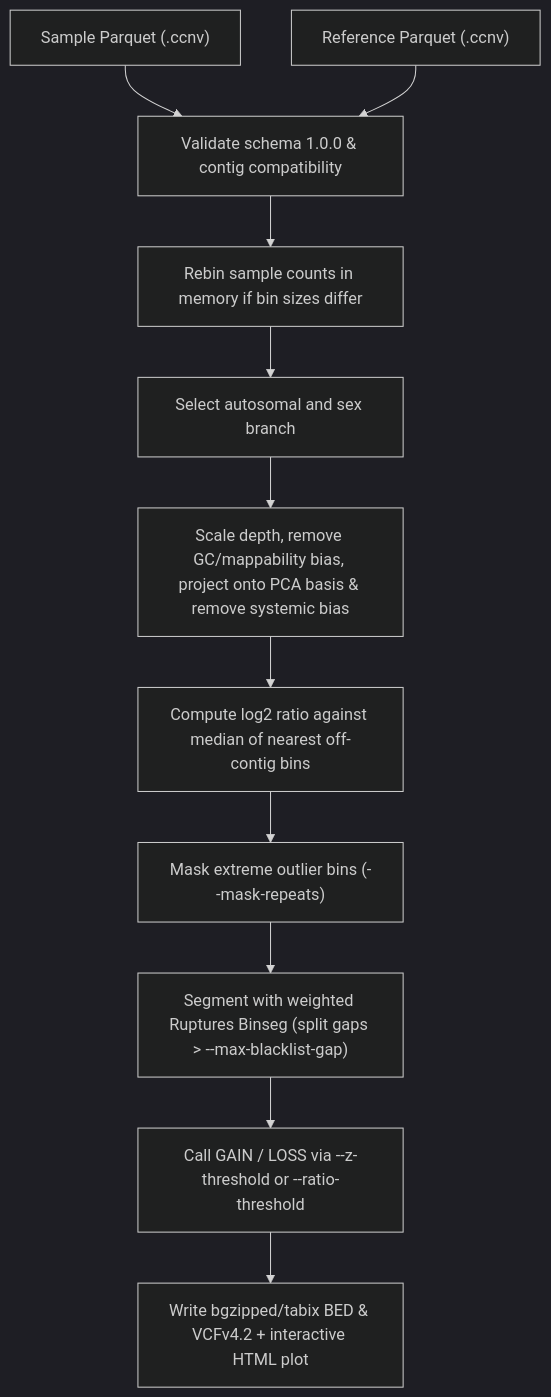
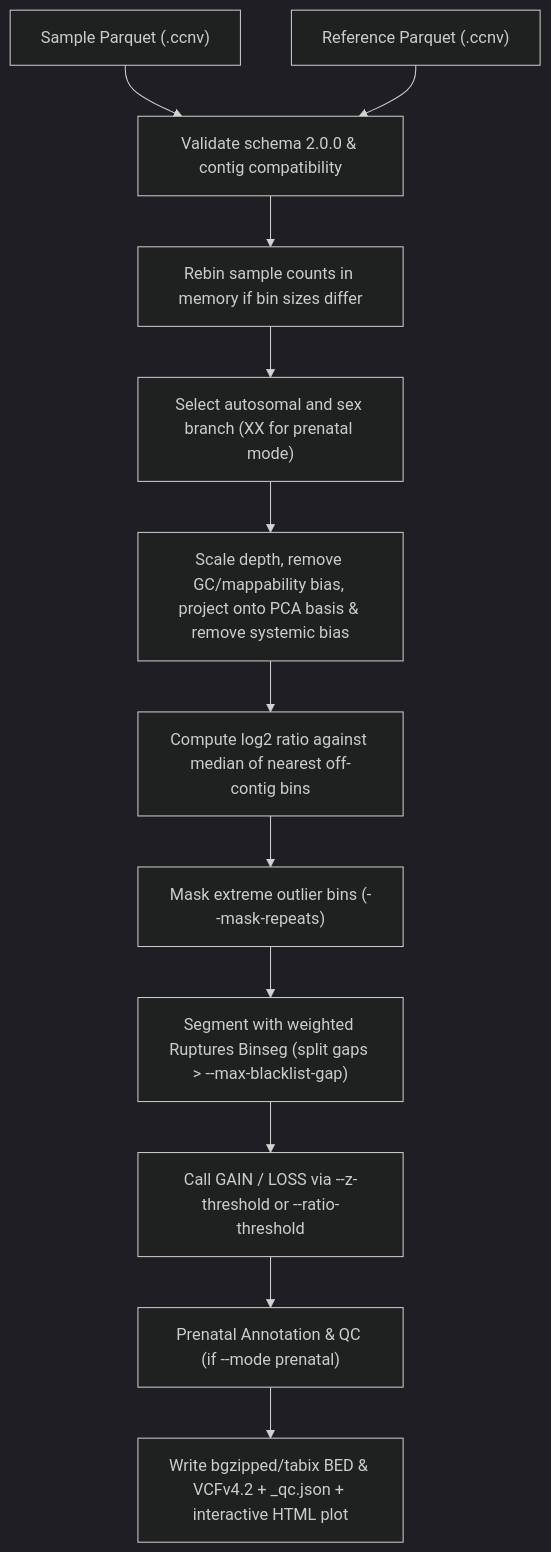
The fourth of 4 diagrams in docs/pipeline.md (matthdsm/ccnv), drawn with Mermaid (dark theme) before and after one commit. The commit also changed other lines of this file and 99 other files, not shown here.

````diff
--- a/docs/pipeline.md
+++ b/docs/pipeline.md
@@ -91,13 +94,14 @@
 ```mermaid
 flowchart TD
-    InSample["Sample Parquet (<sample>.ccnv)"] --> LoadCompat["Validate schema 1.0.0 & contig compatibility"]
+    InSample["Sample Parquet (<sample>.ccnv)"] --> LoadCompat["Validate schema 2.0.0 & contig compatibility"]
     InRef["Reference Parquet (<reference>.ccnv)"] --> LoadCompat
     LoadCompat --> RebinCheck["Rebin sample counts in memory if bin sizes differ"]
-    RebinCheck --> BranchSelect["Select autosomal and sex branch"]
+    RebinCheck --> BranchSelect["Select autosomal and sex branch (XX for prenatal mode)"]
     BranchSelect --> ProjectPCA["Scale depth, remove GC/mappability bias, project onto PCA basis & remove systemic bias"]
     ProjectPCA --> MatchNearest["Compute log2 ratio against median of nearest off-contig bins"]
     MatchNearest --> IterativeMask["Mask extreme outlier bins (--mask-repeats)"]
     IterativeMask --> SegEngine["Segment with weighted Ruptures Binseg (split gaps > --max-blacklist-gap)"]
     SegEngine --> CallEvents["Call GAIN / LOSS via --z-threshold or --ratio-threshold"]
-    CallEvents --> Outputs["Write bgzipped/tabix BED & VCFv4.2 + interactive HTML plot"]
+    CallEvents --> PrenatalAnnot["Prenatal Annotation & QC (if --mode prenatal)"]
+    PrenatalAnnot --> Outputs["Write bgzipped/tabix BED & VCFv4.2 + _qc.json + interactive HTML plot"]
 ```
````
